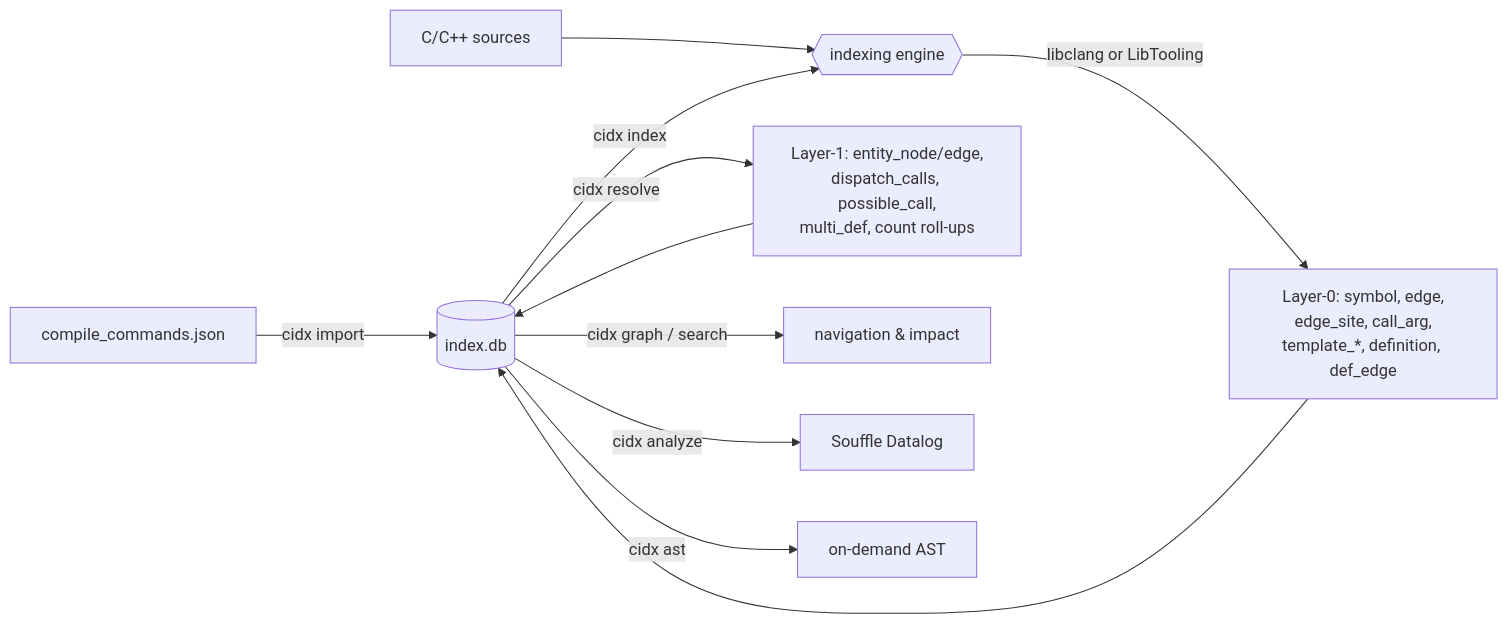
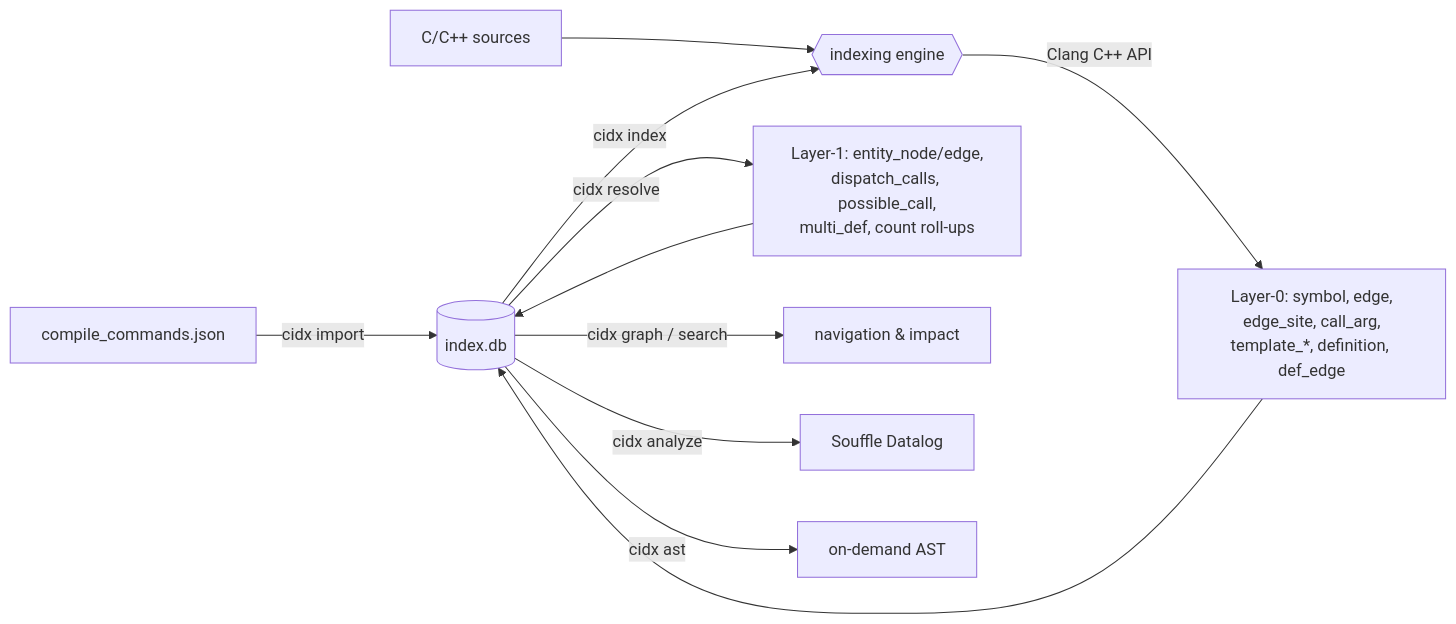
One commit to husams/cpp-indexer changed the first of 3 diagrams in docs/data-flow.md. Above: the diagram before and after it, drawn with Mermaid. The commit also changed other lines of this file and 29 other files, not shown here.

````diff
--- a/docs/data-flow.md
+++ b/docs/data-flow.md
@@ -7,13 +7,13 @@
 ```mermaid
 flowchart LR
     CC[compile_commands.json] -->|cidx import| DB[(index.db)]
     SRC[C/C++ sources] --> IDX
     DB -->|cidx index| IDX{{indexing engine}}
-    IDX -->|libclang or LibTooling| L0["Layer-0: symbol, edge,<br/>edge_site, call_arg,<br/>template_*, definition, def_edge"]
+    IDX -->|Clang C++ API| L0["Layer-0: symbol, edge,<br/>edge_site, call_arg,<br/>template_*, definition, def_edge"]
     L0 --> DB
     DB -->|cidx resolve| RES["Layer-1: entity_node/edge,<br/>dispatch_calls, possible_call,<br/>multi_def, count roll-ups"]
     RES --> DB
     DB -->|cidx graph / search| Q[navigation & impact]
     DB -->|cidx analyze| DL[Souffle Datalog]
     DB -->|cidx ast| ASTQ[on-demand AST]
 ```
````
